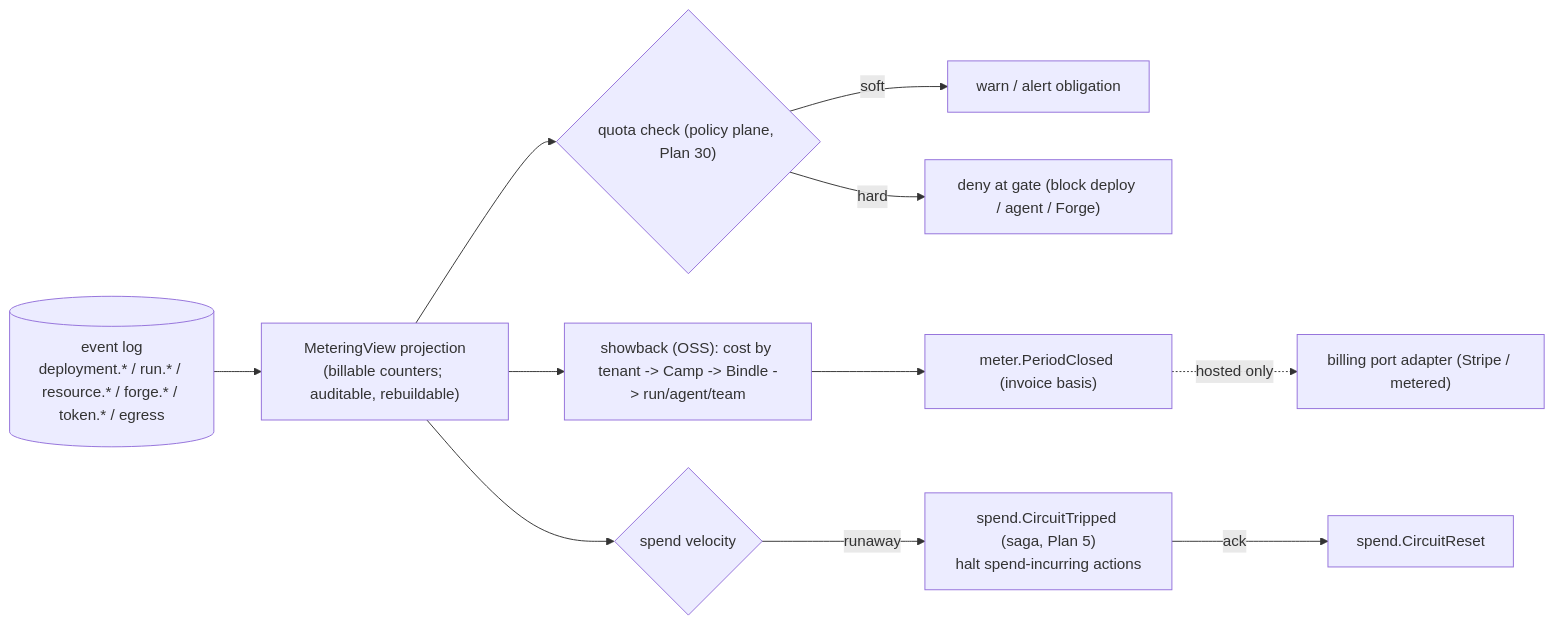
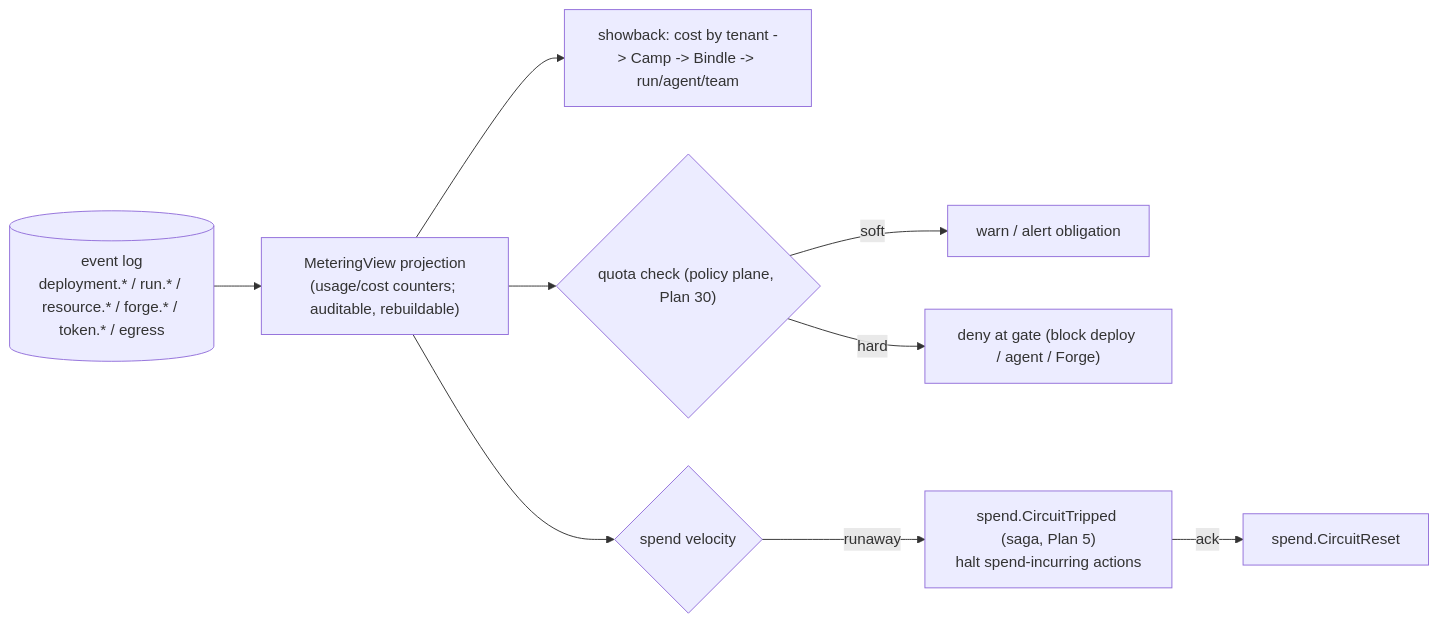
One commit to Tyler-R-Kendrick/HoBo changed the diagram in docs/design/16-cost-finops.md. Above: the diagram before and after it, drawn with Mermaid. The commit also changed other lines of this file and 40 other files, not shown here.

````diff
--- a/docs/design/16-cost-finops.md
+++ b/docs/design/16-cost-finops.md
@@ -52,13 +52,11 @@
 ```mermaid
 flowchart LR
-  LOG[("event log<br/>deployment.* / run.* / resource.* / forge.* / token.* / egress")] --> MV["MeteringView projection<br/>(billable counters; auditable, rebuildable)"]
-  MV --> SHOW["showback (OSS): cost by tenant -> Camp -> Bindle -> run/agent/team"]
+  LOG[("event log<br/>deployment.* / run.* / resource.* / forge.* / token.* / egress")] --> MV["MeteringView projection<br/>(usage/cost counters; auditable, rebuildable)"]
+  MV --> SHOW["showback: cost by tenant -> Camp -> Bindle -> run/agent/team"]
   MV --> QUOTA{"quota check (policy plane, Plan 30)"}
   QUOTA -->|soft| WARN["warn / alert obligation"]
   QUOTA -->|hard| DENY["deny at gate (block deploy / agent / Forge)"]
   MV --> VEL{"spend velocity"}
   VEL -->|runaway| CB["spend.CircuitTripped (saga, Plan 5)<br/>halt spend-incurring actions"]
   CB -->|ack| RESET["spend.CircuitReset"]
-  SHOW --> CLOSE["meter.PeriodClosed (invoice basis)"]
-  CLOSE -.->|hosted only| BILL["billing port adapter (Stripe / metered)"]
 ```
````
